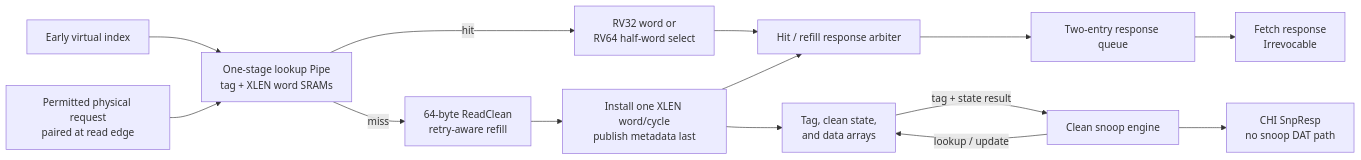
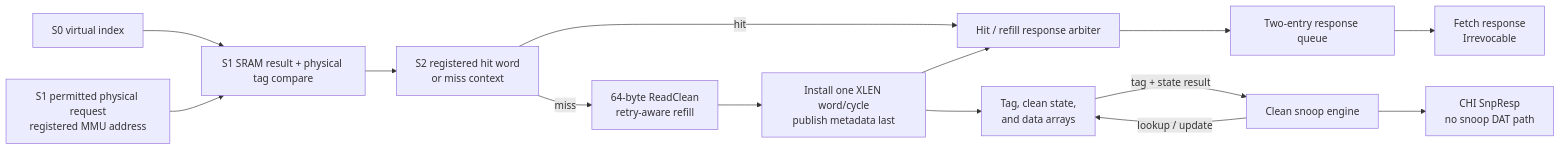
The diagram in cores/rv5stage/icache/README.md (jerryz123/rhodium), drawn with Mermaid before and after one commit. The commit also changed other lines of this file and 13 other files, not shown here.

````diff
--- a/cores/rv5stage/icache/README.md
+++ b/cores/rv5stage/icache/README.md
@@ -71,17 +72,17 @@
 ```mermaid
 flowchart LR
-  Virtual["Early virtual index"] --> Lookup["One-stage lookup Pipe<br/>tag + XLEN word SRAMs"]
-  Fetch["Permitted physical request<br/>paired at read edge"] --> Lookup
-  Lookup -->|hit| Select["RV32 word or<br/>RV64 half-word select"]
-  Select --> Merge["Hit / refill response arbiter"]
-  Lookup -->|miss| Refill["64-byte ReadClean<br/>retry-aware refill"]
+  Virtual["S0 virtual index"] --> Lookup["S1 SRAM result + physical tag compare"]
+  Fetch["S1 permitted physical request<br/>registered MMU address"] --> Lookup
+  Lookup --> Resolved["S2 registered hit word<br/>or miss context"]
+  Resolved -->|hit| Merge["Hit / refill response arbiter"]
+  Resolved -->|miss| Refill["64-byte ReadClean<br/>retry-aware refill"]
   Refill --> Install["Install one XLEN word/cycle<br/>publish metadata last"]
   Install --> Arrays["Tag, clean state,<br/>and data arrays"]
   Install --> Merge
   Merge --> Queue["Two-entry response queue"]
   Queue --> FetchResponse["Fetch response<br/>Irrevocable"]
 
   Snoop["Clean snoop engine"] -->|"lookup / update"| Arrays
   Arrays -->|"tag + state result"| Snoop
   Snoop --> CHI["CHI SnpResp<br/>no snoop DAT path"]
 ```
````
